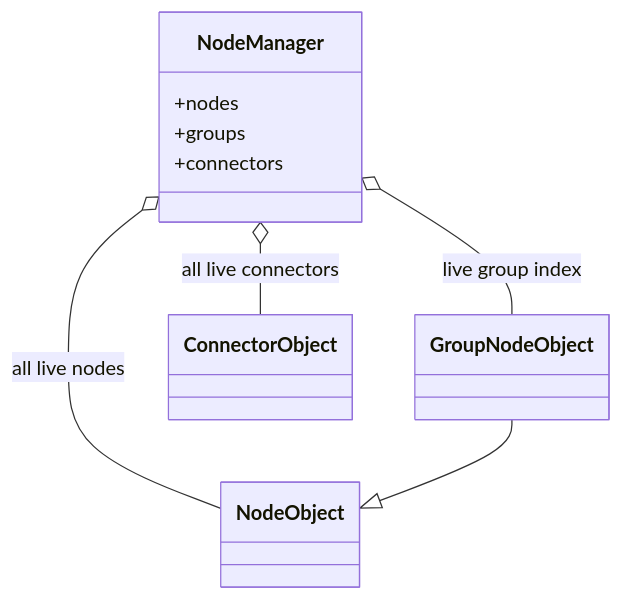
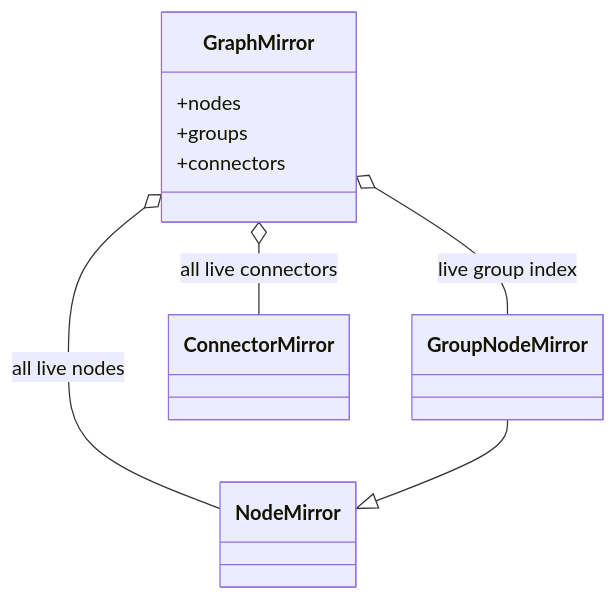
The fourth of 8 diagrams in docs/snapline/design/planned-rearchitecture.md (tfukaza/SnapLineJS), drawn with Mermaid before and after one commit. The commit also changed other lines of this file, not shown here.

First line of the commit message:
docs: reconcile planned re-architecture with approved design decisions

````diff
--- a/docs/snapline/design/planned-rearchitecture.md
+++ b/docs/snapline/design/planned-rearchitecture.md
@@ -573,19 +664,19 @@
 ```mermaid
 classDiagram
   direction TB
 
-  class NodeManager {
+  class GraphMirror {
     +nodes
     +groups
     +connectors
   }
 
-  class NodeObject
-  class GroupNodeObject
-  class ConnectorObject
+  class NodeMirror
+  class GroupNodeMirror
+  class ConnectorMirror
 
-  NodeManager o-- NodeObject : all live nodes
-  NodeManager o-- GroupNodeObject : live group index
-  NodeManager o-- ConnectorObject : all live connectors
-  GroupNodeObject --|> NodeObject
+  GraphMirror o-- NodeMirror : all live nodes
+  GraphMirror o-- GroupNodeMirror : live group index
+  GraphMirror o-- ConnectorMirror : all live connectors
+  GroupNodeMirror --|> NodeMirror
 ```
````
